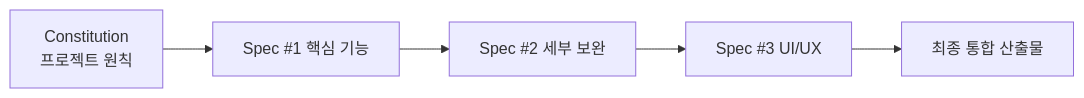
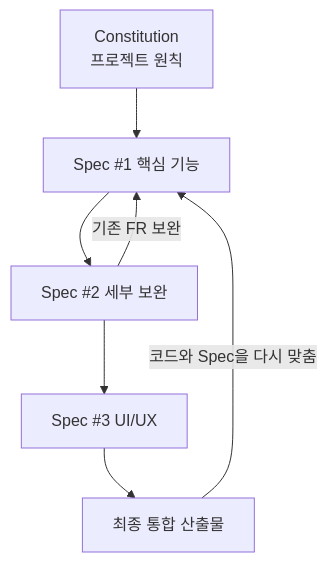
The third of 3 diagrams in docs/sdd-development-cycle.md (00700lsm/sdd-test), drawn with Mermaid before and after one commit. The commit also changed other lines of this file and 1 other file, not shown here.

````diff
--- a/docs/sdd-development-cycle.md
+++ b/docs/sdd-development-cycle.md
@@ -106,9 +116,12 @@
 ```mermaid
-flowchart LR
+flowchart TD
   Constitution["Constitution<br/>프로젝트 원칙"]
   Spec1["Spec #1 핵심 기능"]
   Spec2["Spec #2 세부 보완"]
   Spec3["Spec #3 UI/UX"]
   Final["최종 통합 산출물"]
-  Constitution --> Spec1 --> Spec2 --> Spec3 --> Final
+  Constitution --> Spec1
+  Spec1 --> Spec2 --> Spec3 --> Final
+  Spec2 -->|기존 FR 보완| Spec1
+  Final -->|코드와 Spec을 다시 맞춤| Spec1
 ```
````
